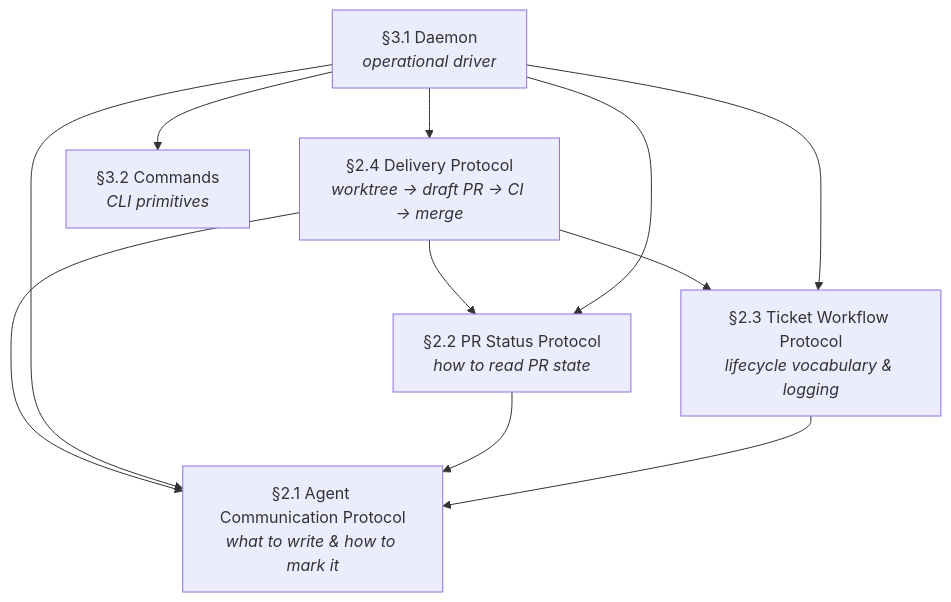
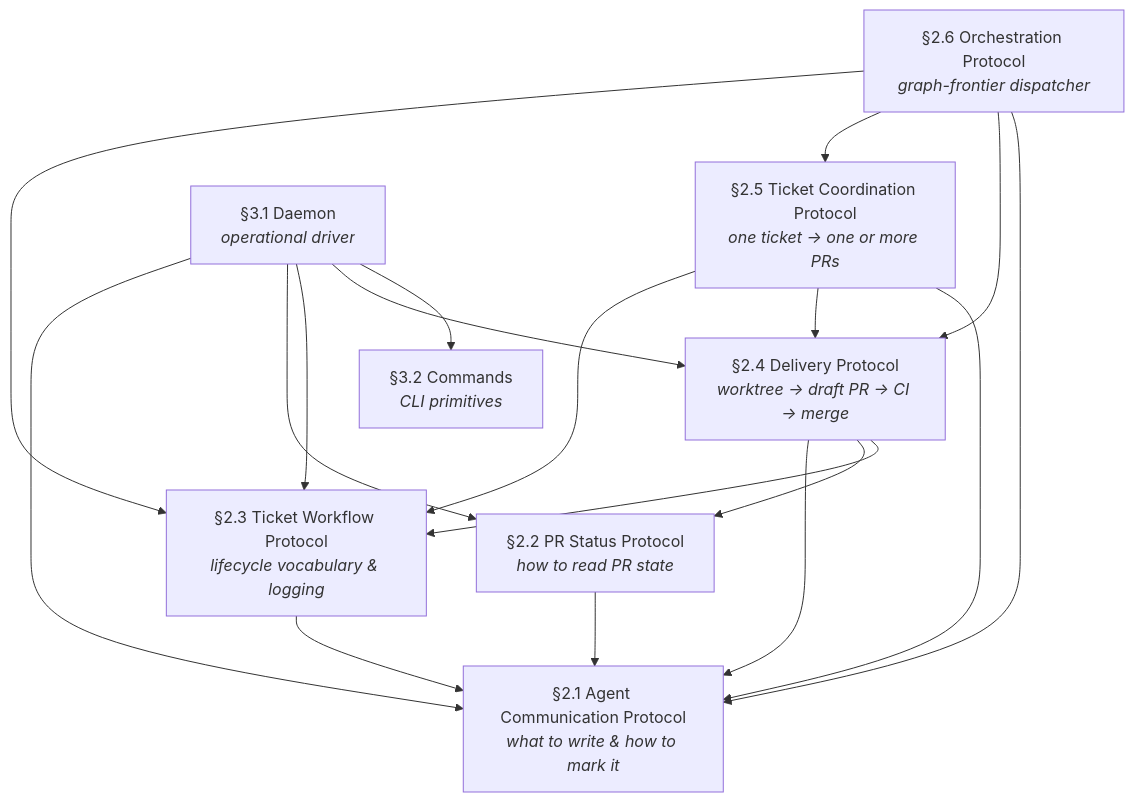
The diagram in docs/spec/01-introduction.md (ianwremmel/agentic), drawn with Mermaid before and after one commit. The commit also changed other lines of this file and 5 other files, not shown here.

First line of the commit message:
spec: add §2.5 Ticket Coordination and §2.6 Orchestration protocols

````diff
--- a/docs/spec/01-introduction.md
+++ b/docs/spec/01-introduction.md
@@ -127,20 +134,29 @@
 ```mermaid
 graph TD
     ACP["§2.1 Agent Communication Protocol<br/><i>what to write &amp; how to mark it</i>"]
     PSP["§2.2 PR Status Protocol<br/><i>how to read PR state</i>"]
     TWP["§2.3 Ticket Workflow Protocol<br/><i>lifecycle vocabulary &amp; logging</i>"]
     DWP["§2.4 Delivery Protocol<br/><i>worktree → draft PR → CI → merge</i>"]
+    TCP["§2.5 Ticket Coordination Protocol<br/><i>one ticket → one or more PRs</i>"]
+    ORC["§2.6 Orchestration Protocol<br/><i>graph-frontier dispatcher</i>"]
     DMN["§3.1 Daemon<br/><i>operational driver</i>"]
     CMD["§3.2 Commands<br/><i>CLI primitives</i>"]
 
     DWP --> ACP
     DWP --> PSP
     DWP --> TWP
+    TCP --> TWP
+    TCP --> DWP
+    TCP --> ACP
+    ORC --> TWP
+    ORC --> TCP
+    ORC --> DWP
+    ORC --> ACP
     DMN --> ACP
     DMN --> PSP
     DMN --> TWP
     DMN --> DWP
     DMN --> CMD
     PSP --> ACP
     TWP --> ACP
 ```
````
